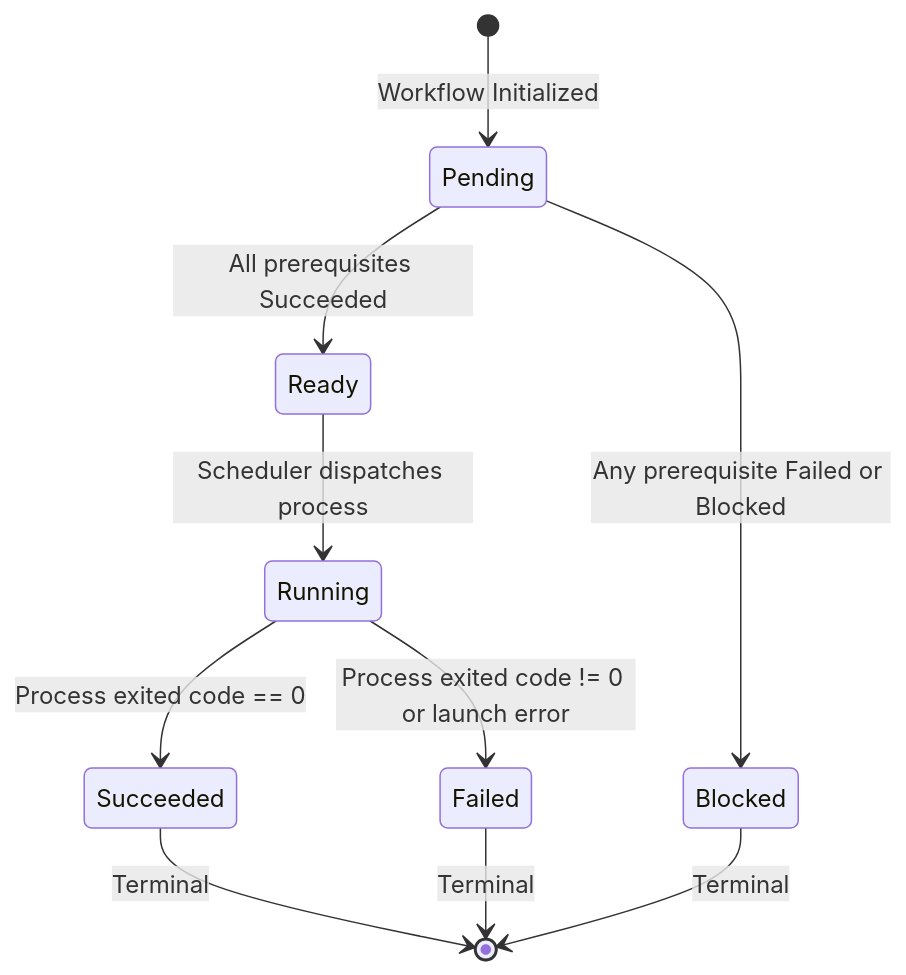
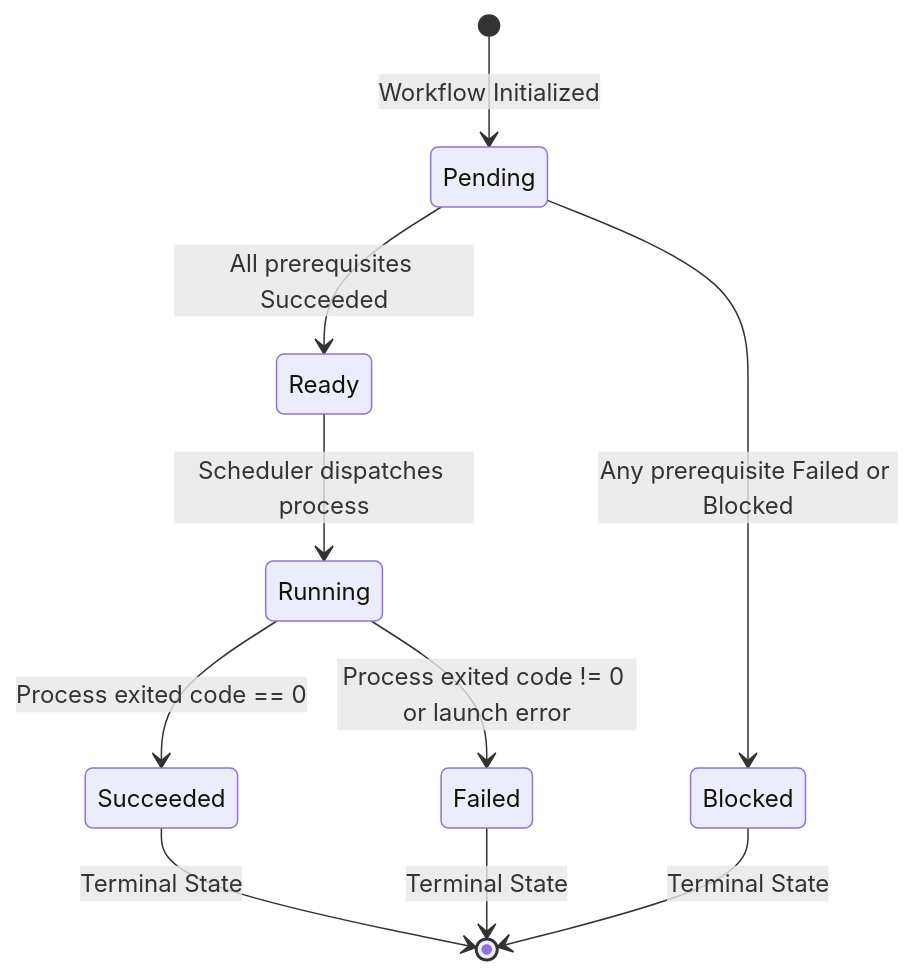
The second of 2 diagrams in docs/domain-model.md (vishalpalepu/TaskForge), drawn with Mermaid before and after one commit. The commit also changed other lines of this file and 4 other files, not shown here.

Commit message:
docs: refine architecture proposal with explicit distinctions and MSVC target

````diff
--- a/docs/domain-model.md
+++ b/docs/domain-model.md
@@ -141,12 +179,12 @@
 ```mermaid
 stateDiagram-v2
     [*] --> Pending : Workflow Initialized
     Pending --> Ready : All prerequisites Succeeded
     Pending --> Blocked : Any prerequisite Failed or Blocked
     Ready --> Running : Scheduler dispatches process
     Running --> Succeeded : Process exited code == 0
     Running --> Failed : Process exited code != 0 or launch error
-    Succeeded --> [*] : Terminal
-    Failed --> [*] : Terminal
-    Blocked --> [*] : Terminal
+    Succeeded --> [*] : Terminal State
+    Failed --> [*] : Terminal State
+    Blocked --> [*] : Terminal State
 ```
````
